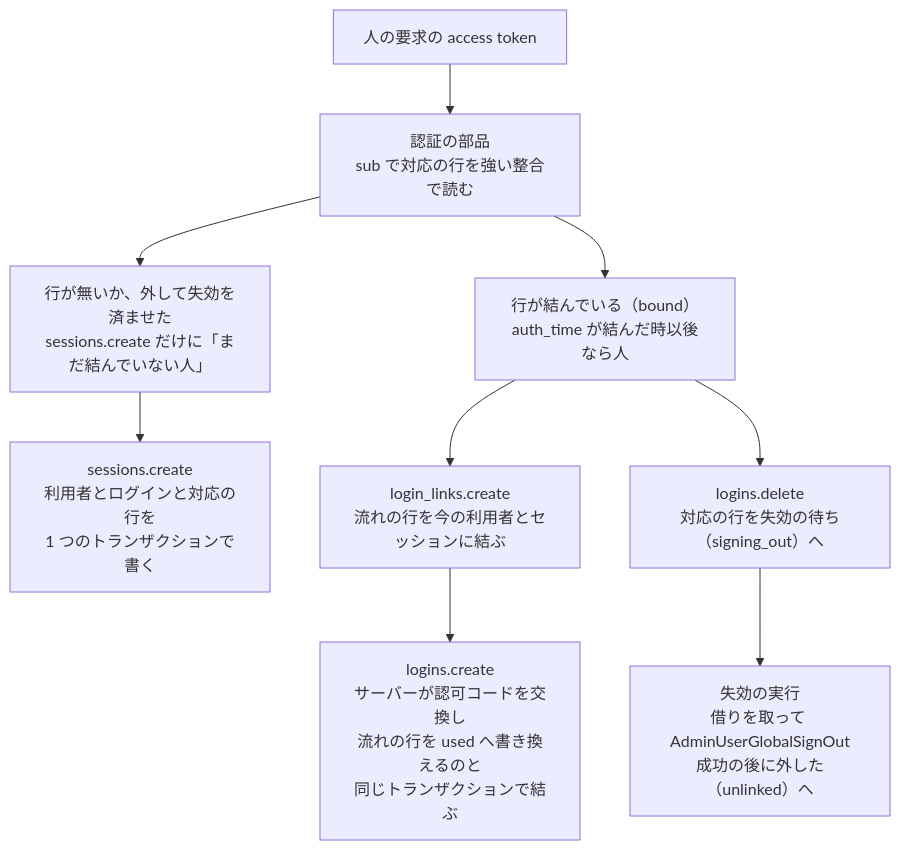
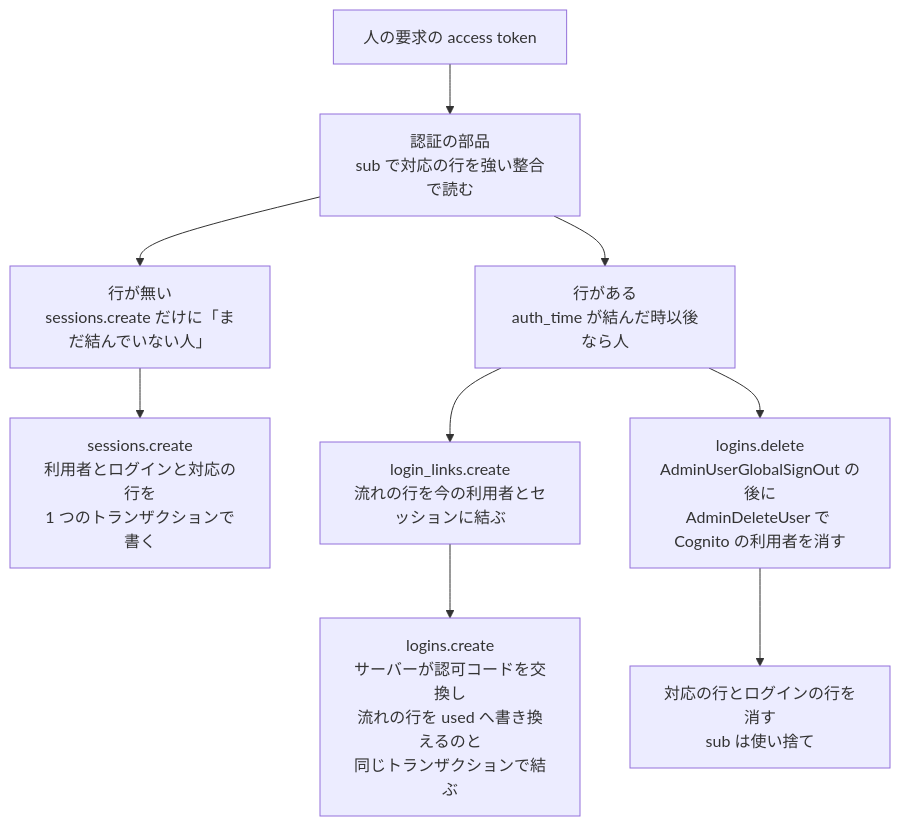
Before and after one commit to devbasex/nd-factory: the second of 2 diagrams in issues/issue-2-design-auth.md, drawn with Mermaid. The commit also changed other lines of this file and 7 other files, not shown here.

First line of the commit message:
Docs: 1 人に複数の IdP を結ぶ方法を Cognito の組み込みの連携と比べて自前の対応の行を採り、ログインの外しを AdminUserGlobalSignOut の後の AdminDeleteUser と対応の行の削除に変えて、失効の待ち・世代・借り・待つ期間を取り除き、公式文書に無い 2 つを未確認として確かめの手順を置く（#2）

````diff
--- a/issues/issue-2-design-auth.md
+++ b/issues/issue-2-design-auth.md
@@ -42,11 +45,11 @@
 ```mermaid
 graph TD
   tok["人の要求の access token"] --> auth["認証の部品<br/>sub で対応の行を強い整合で読む"]
-  auth --> bound["行が結んでいる（bound）<br/>auth_time が結んだ時以後なら人"]
-  auth --> fresh["行が無いか、外して失効を済ませた<br/>sessions.create だけに「まだ結んでいない人」"]
+  auth --> bound["行がある<br/>auth_time が結んだ時以後なら人"]
+  auth --> fresh["行が無い<br/>sessions.create だけに「まだ結んでいない人」"]
   fresh --> sc["sessions.create<br/>利用者とログインと対応の行を<br/>1 つのトランザクションで書く"]
   bound --> ll["login_links.create<br/>流れの行を今の利用者とセッションに結ぶ"]
   ll --> lc["logins.create<br/>サーバーが認可コードを交換し<br/>流れの行を used へ書き換えるのと<br/>同じトランザクションで結ぶ"]
-  bound --> ld["logins.delete<br/>対応の行を失効の待ち（signing_out）へ"]
-  ld --> so["失効の実行<br/>借りを取って AdminUserGlobalSignOut<br/>成功の後に外した（unlinked）へ"]
+  bound --> ld["logins.delete<br/>AdminUserGlobalSignOut の後に<br/>AdminDeleteUser で Cognito の利用者を消す"]
+  ld --> rm["対応の行とログインの行を消す<br/>sub は使い捨て"]
 ```
````
